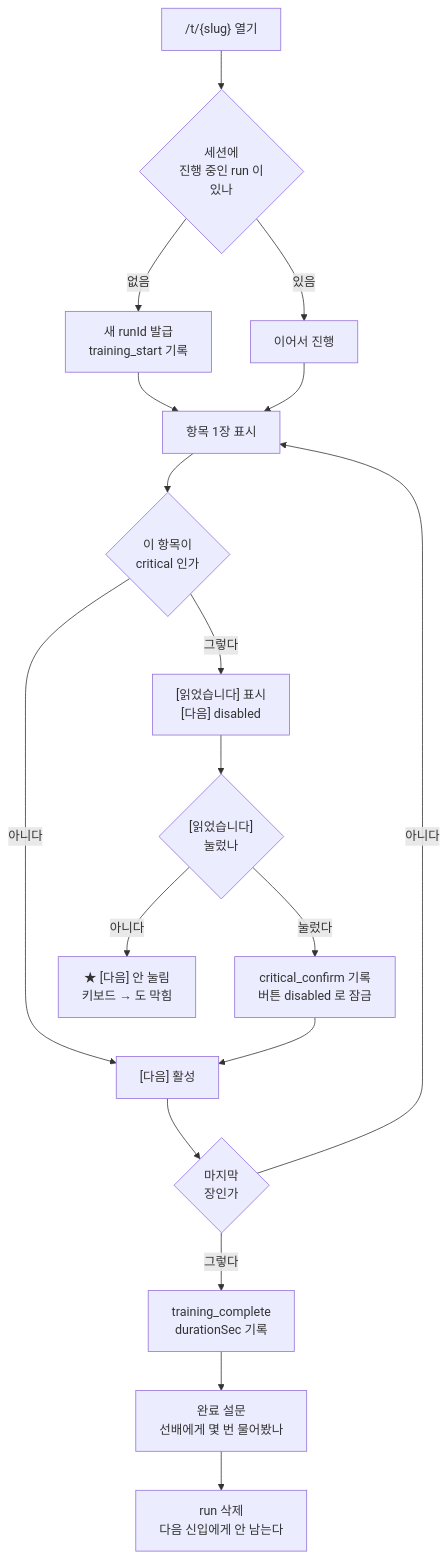
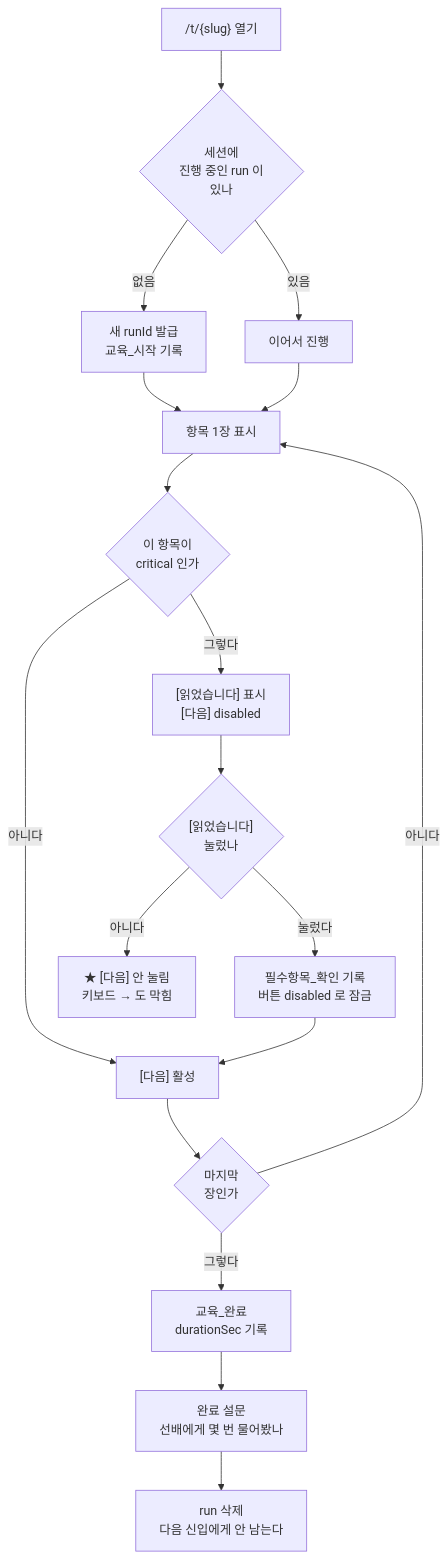
One commit to JJ0829/store-note changed the second of 7 diagrams in docs/deliverables/14_사용자흐름도.md. Above: the diagram before and after it, drawn with Mermaid. The commit also changed other lines of this file and 72 other files, not shown here.

````diff
--- a/docs/deliverables/14_사용자흐름도.md
+++ b/docs/deliverables/14_사용자흐름도.md
@@ -51,23 +51,23 @@
 ```mermaid
 flowchart TB
   A["/t/{slug} 열기"] --> B{"세션에<br/>진행 중인 run 이<br/>있나"}
-  B -->|"없음"| C["새 runId 발급<br/>training_start 기록"]
+  B -->|"없음"| C["새 runId 발급<br/>교육_시작 기록"]
   B -->|"있음"| D["이어서 진행"]
   C --> E["항목 1장 표시"]
   D --> E
 
   E --> F{"이 항목이<br/>critical 인가"}
   F -->|"아니다"| G["[다음] 활성"]
   F -->|"그렇다"| H["[읽었습니다] 표시<br/>[다음] disabled"]
 
   H --> I{"[읽었습니다]<br/>눌렀나"}
   I -->|"아니다"| H2["★ [다음] 안 눌림<br/>키보드 → 도 막힘"]
-  I -->|"눌렀다"| J["critical_confirm 기록<br/>버튼 disabled 로 잠금"]
+  I -->|"눌렀다"| J["필수항목_확인 기록<br/>버튼 disabled 로 잠금"]
   J --> G
 
   G --> K{"마지막<br/>장인가"}
   K -->|"아니다"| E
-  K -->|"그렇다"| L["training_complete<br/>durationSec 기록"]
+  K -->|"그렇다"| L["교육_완료<br/>durationSec 기록"]
   L --> M["완료 설문<br/>선배에게 몇 번 물어봤나"]
   M --> N["run 삭제<br/>다음 신입에게 안 남는다"]
 ```
````
